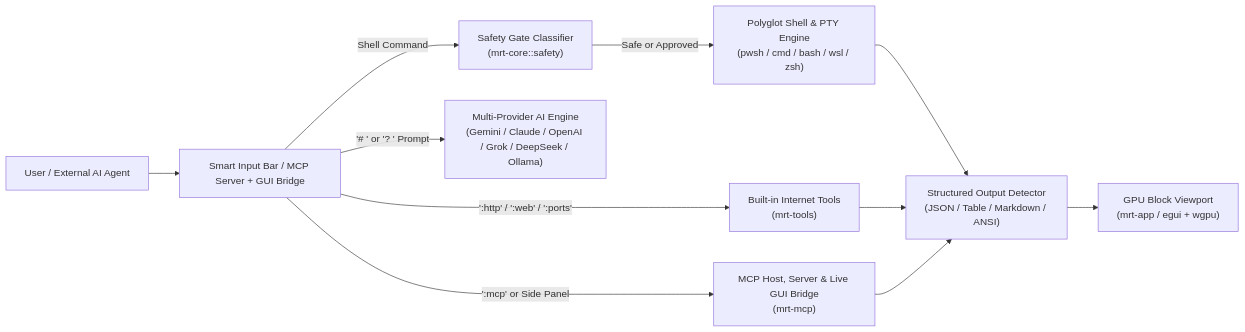
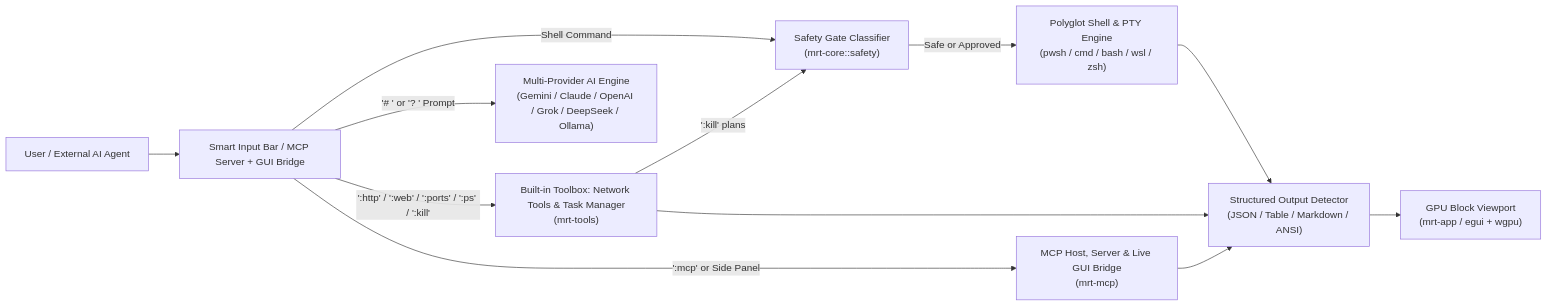
Before and after one commit to SieteCuatro/MRT: the diagram in docs/ARCHITECTURE.md, drawn with Mermaid. The commit also changed other lines of this file and 27 other files, not shown here.

First line of the commit message:
feat: add Task Manager, process tools, and Toolbox panel

````diff
--- a/docs/ARCHITECTURE.md
+++ b/docs/ARCHITECTURE.md
@@ -9,13 +9,14 @@
 ```mermaid
 flowchart LR
     User["User / External AI Agent"] --> Input["Smart Input Bar / MCP Server + GUI Bridge"]
     Input -->|Shell Command| Safety["Safety Gate Classifier\n(mrt-core::safety)"]
     Safety -->|Safe or Approved| ShellExec["Polyglot Shell & PTY Engine\n(pwsh / cmd / bash / wsl / zsh)"]
-    Input -->|':http' / ':web' / ':ports'| NetTools["Built-in Internet Tools\n(mrt-tools)"]
+    Input -->|':http' / ':web' / ':ports' / ':ps' / ':kill'| NetTools["Built-in Toolbox: Network Tools & Task Manager\n(mrt-tools)"]
+    NetTools -->|':kill' plans| Safety
     Input -->|'# ' or '? ' Prompt| AI["Multi-Provider AI Engine\n(Gemini / Claude / OpenAI / Grok / DeepSeek / Ollama)"]
     Input -->|':mcp' or Side Panel| MCP["MCP Host, Server & Live GUI Bridge\n(mrt-mcp)"]
     ShellExec --> Classifier["Structured Output Detector\n(JSON / Table / Markdown / ANSI)"]
     NetTools --> Classifier
     MCP --> Classifier
     Classifier --> BlockUI["GPU Block Viewport\n(mrt-app / egui + wgpu)"]
 ```
````
